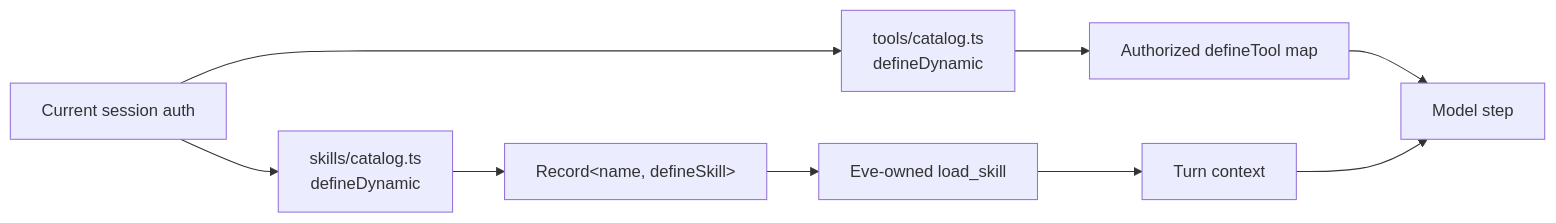
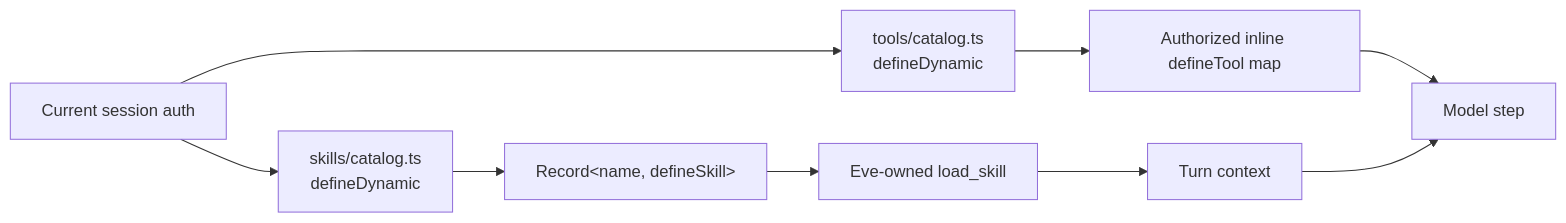
One commit to purduehackers/wack-hacker changed the third of 3 diagrams in docs/architecture.md. Above: the diagram before and after it, drawn with Mermaid. The commit also changed other lines of this file and 1 other file, not shown here.

````diff
--- a/docs/architecture.md
+++ b/docs/architecture.md
@@ -163,12 +190,12 @@
 ```mermaid
 flowchart LR
   Auth[Current session auth] --> Skills["skills/catalog.ts<br/>defineDynamic"]
   Skills --> SkillMap["Record&lt;name, defineSkill&gt;"]
   SkillMap --> EveLoader["Eve-owned load_skill"]
   EveLoader --> Context[Turn context]
 
   Auth --> Tools["tools/catalog.ts<br/>defineDynamic"]
-  Tools --> ToolMap["Authorized defineTool map"]
+  Tools --> ToolMap["Authorized inline defineTool map"]
   ToolMap --> Model[Model step]
   Context --> Model
 ```
````
